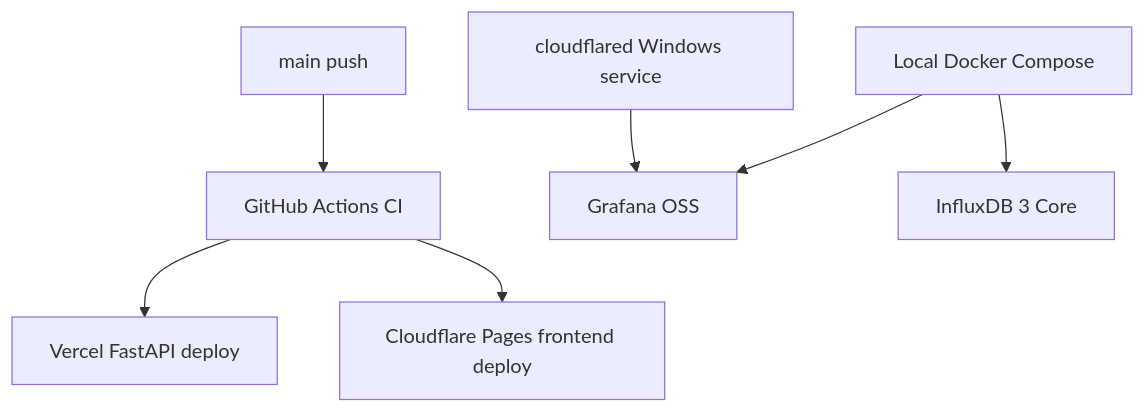
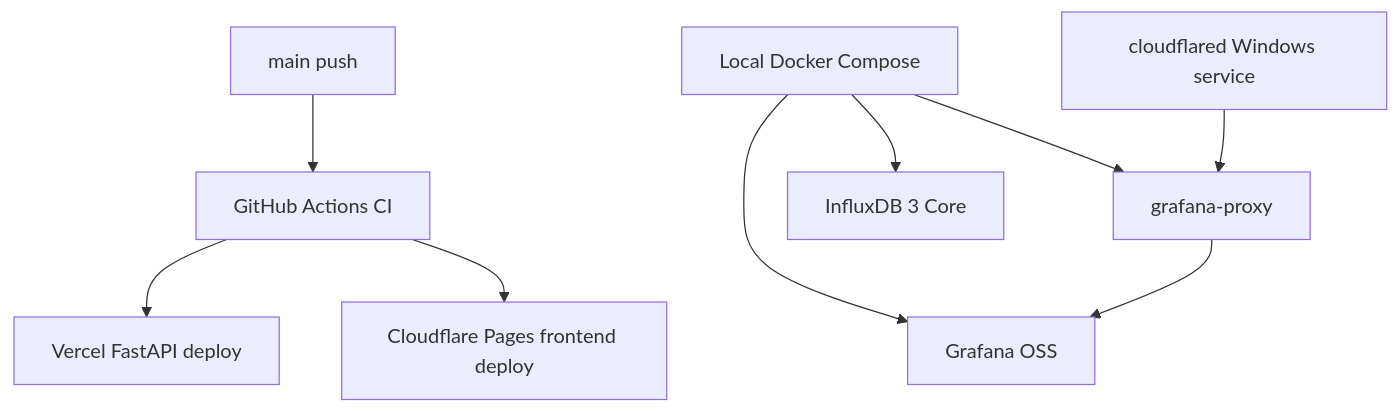
The second of 2 diagrams in README.md (wkddns40/chargeflow-influxDB), drawn with Mermaid before and after one commit. The commit also changed other lines of this file, not shown here.

Commit message:
docs(readme): document grafana proxy flow

````diff
--- a/README.md
+++ b/README.md
@@ -122,9 +124,11 @@
 ```mermaid
 flowchart TD
     push["main push"] --> actions["GitHub Actions CI"]
     actions --> backendDeploy["Vercel FastAPI deploy"]
     actions --> frontendDeploy["Cloudflare Pages frontend deploy"]
-    local["Local Docker Compose"] --> grafana["Grafana OSS"]
+    local["Local Docker Compose"] --> proxy["grafana-proxy"]
+    local --> grafana["Grafana OSS"]
     local --> influx["InfluxDB 3 Core"]
-    tunnel["cloudflared Windows service"] --> grafana
+    tunnel["cloudflared Windows service"] --> proxy
+    proxy --> grafana
 ```
````
